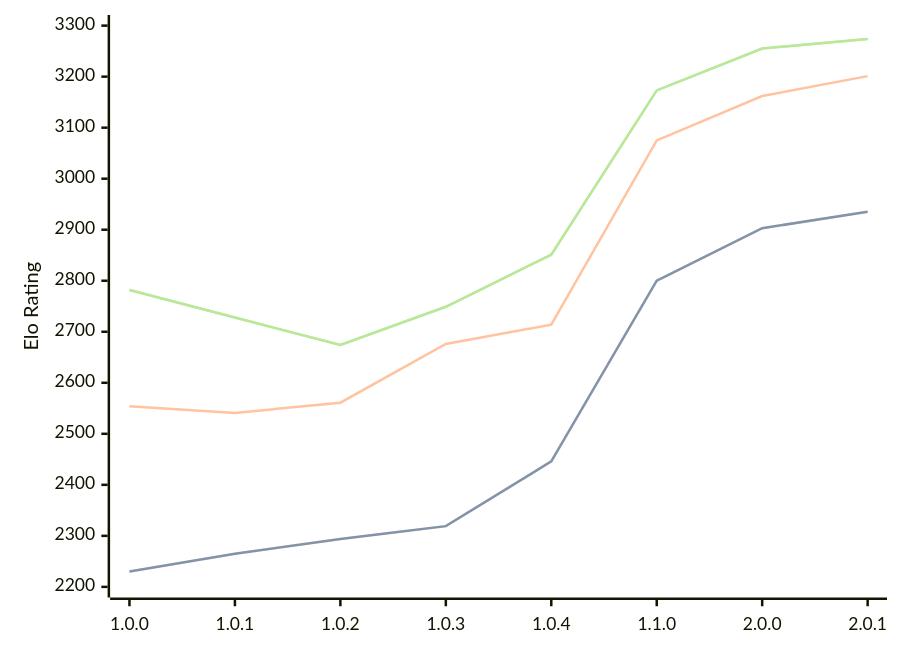
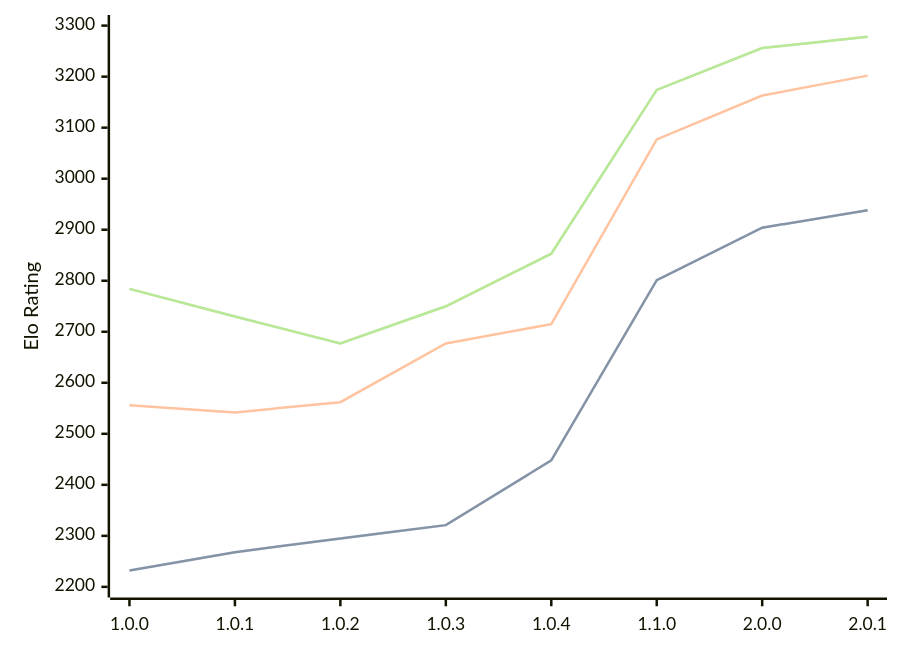
Before and after one commit to computer-chess-index/cci: the diagram in engines/Grail.md, drawn with Mermaid. The commit also changed other lines of this file, not shown here.

Commit message:
Update CCI Ratings (ELO VLTC) - 2026-08-22

````diff
--- a/engines/Grail.md
+++ b/engines/Grail.md
@@ -38,11 +38,11 @@
 ```mermaid
 %%{init: {"theme":"base","themeVariables":{"seriesColors:['#a3a3a3','#222221','#faa371']}}}%%
 xychart-beta
   x-axis ["1.0.0", "1.0.1", "1.0.2", "1.0.3", "1.0.4", "1.1.0", "2.0.0", "2.0.1"]
   y-axis "Elo Rating" 2200 --> 3300
-  line "STC (8.0+0.08s)" [2230, 2265, 2294, 2319, 2446, 2800, 2903, 2935]
-  line "STC (8.0+0.08s)" [2230, 2265, 2294, 2319, 2446, 2800, 2903, 2935]
-  line "LTC (60.0+0.60s)" [2554, 2541, 2561, 2676, 2714, 3075, 3162, 3201]
-  line "VLTC (2m24s+1.12s)" [2782, 2728, 2674, 2749, 2851, 3173, 3255, 3274]
-  line "VLTC (2m24s+1.12s)" [2782, 2728, 2674, 2749, 2851, 3173, 3255, 3274]
+  line "STC (8.0+0.08s)" [2232, 2268, 2295, 2321, 2448, 2801, 2904, 2938]
+  line "STC (8.0+0.08s)" [2232, 2268, 2295, 2321, 2448, 2801, 2904, 2938]
+  line "LTC (60.0+0.60s)" [2556, 2542, 2562, 2677, 2715, 3077, 3163, 3202]
+  line "VLTC (2m24s+1.12s)" [2784, 2730, 2677, 2750, 2853, 3174, 3256, 3278]
+  line "VLTC (2m24s+1.12s)" [2784, 2730, 2677, 2750, 2853, 3174, 3256, 3278]
 ```
````
